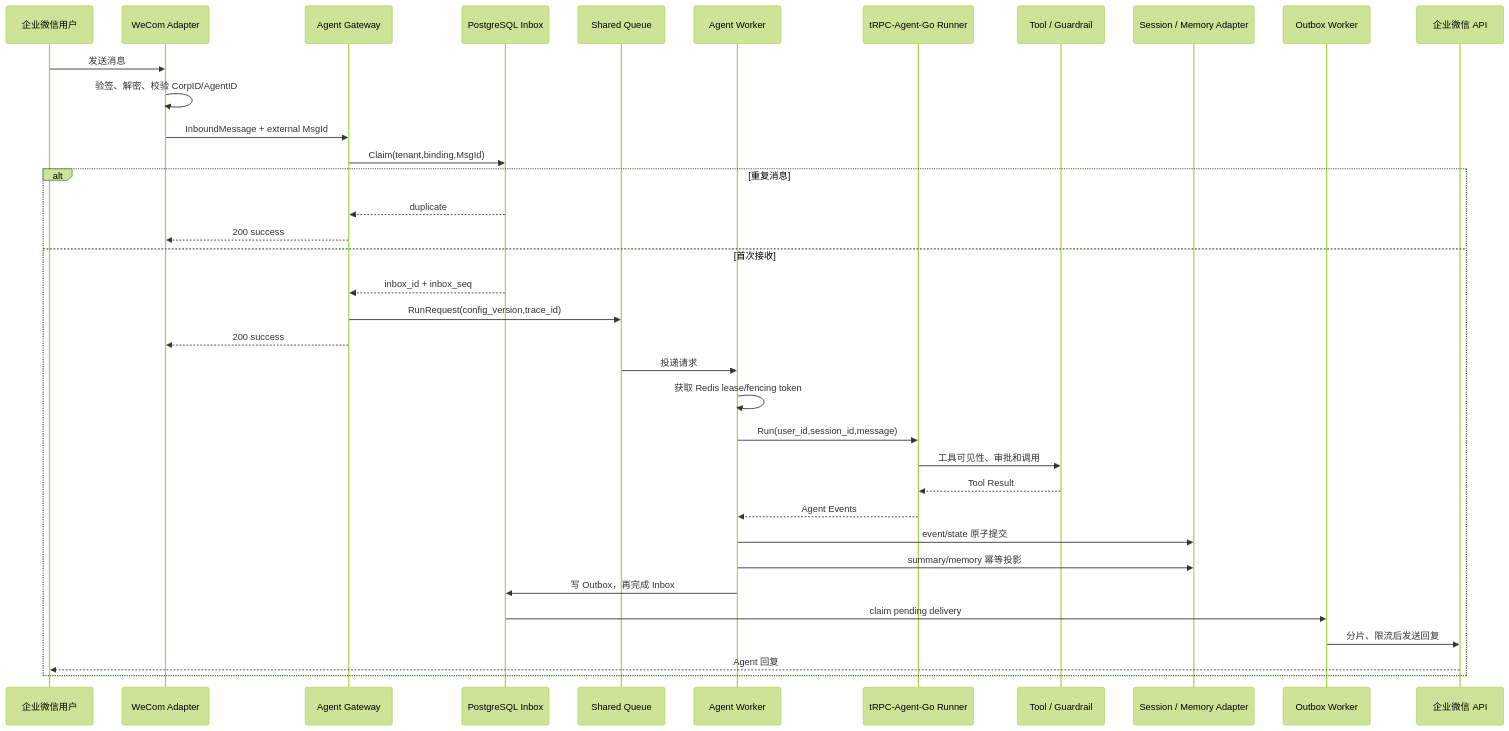
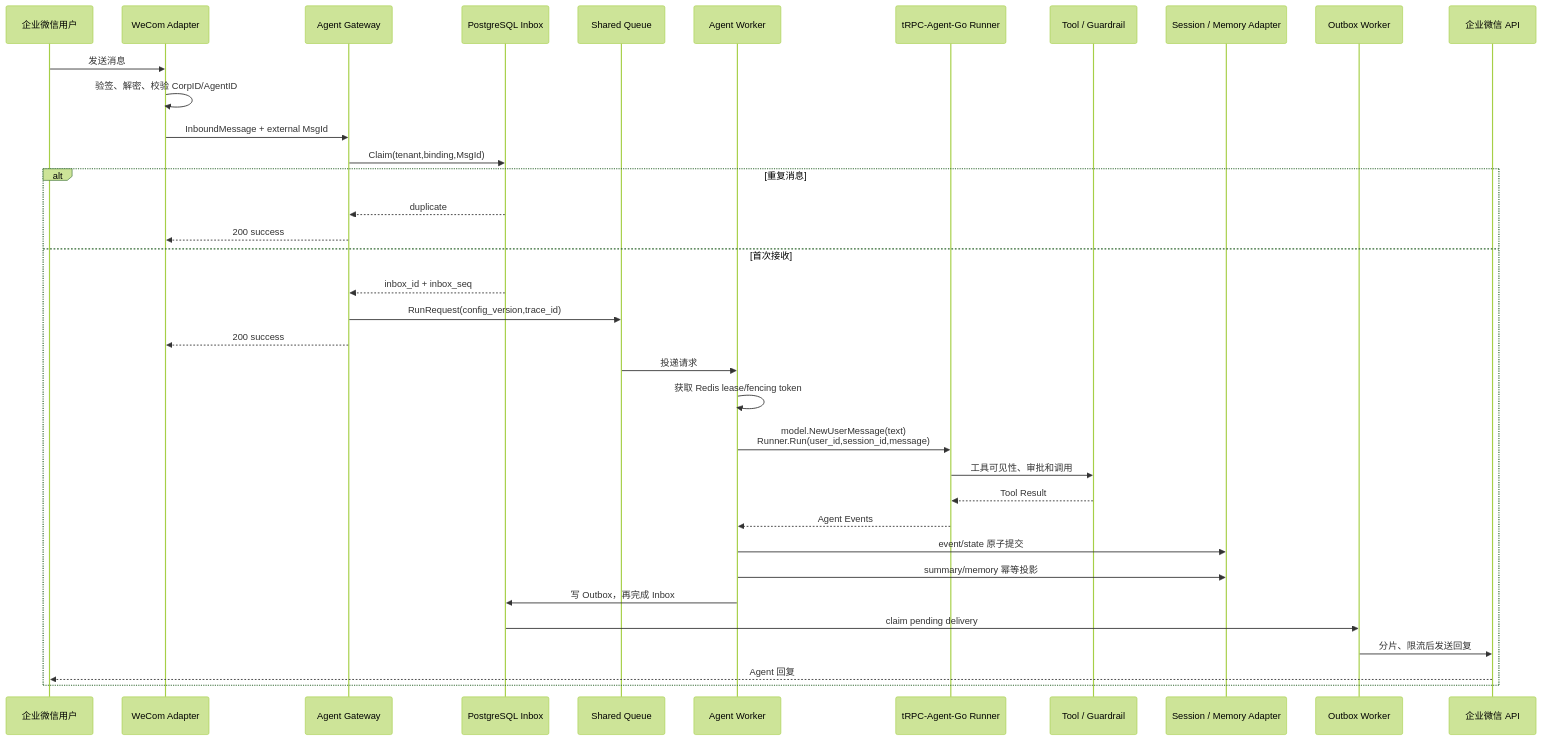
One commit to Skylm808/trpc-agent-service changed the second of 2 diagrams in docs/architecture.md. Above: the diagram before and after it, drawn with Mermaid (forest theme). The commit also changed other lines of this file, not shown here.

Commit message:
docs: address architecture review gaps

````diff
--- a/docs/architecture.md
+++ b/docs/architecture.md
@@ -125,39 +123,39 @@
 ```mermaid
 sequenceDiagram
     participant U as 企业微信用户
     participant C as WeCom Adapter
     participant G as Agent Gateway
     participant P as PostgreSQL Inbox
     participant Q as Shared Queue
     participant W as Agent Worker
     participant R as tRPC-Agent-Go Runner
     participant T as Tool / Guardrail
     participant D as Session / Memory Adapter
     participant O as Outbox Worker
     participant IM as 企业微信 API
 
     U->>C: 发送消息
     C->>C: 验签、解密、校验 CorpID/AgentID
     C->>G: InboundMessage + external MsgId
     G->>P: Claim(tenant,binding,MsgId)
     alt 重复消息
         P-->>G: duplicate
         G-->>C: 200 success
     else 首次接收
         P-->>G: inbox_id + inbox_seq
         G->>Q: RunRequest(config_version,trace_id)
         G-->>C: 200 success
         Q->>W: 投递请求
         W->>W: 获取 Redis lease/fencing token
-        W->>R: Run(user_id,session_id,message)
+        W->>R: model.NewUserMessage(text)<br/>Runner.Run(user_id,session_id,message)
         R->>T: 工具可见性、审批和调用
         T-->>R: Tool Result
         R-->>W: Agent Events
         W->>D: event/state 原子提交
         W->>D: summary/memory 幂等投影
         W->>P: 写 Outbox，再完成 Inbox
         P->>O: claim pending delivery
         O->>IM: 分片、限流后发送回复
         IM-->>U: Agent 回复
     end
 ```
````
